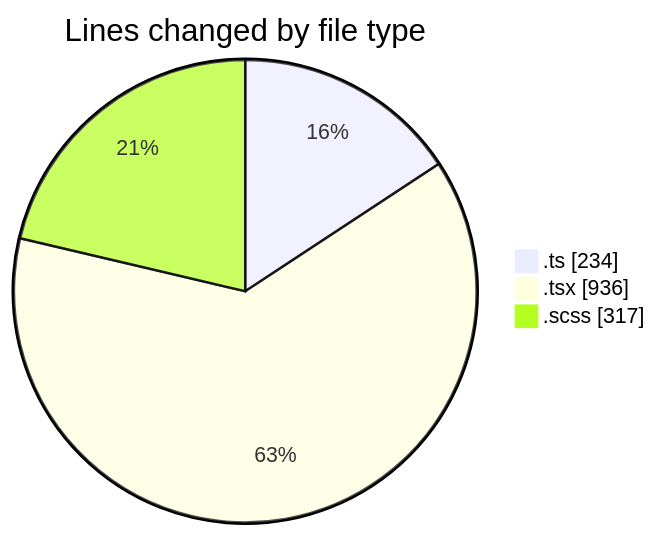
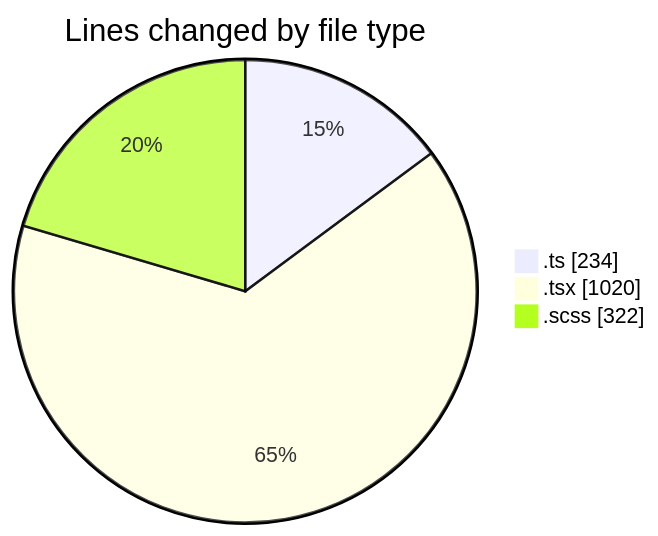
One commit to momahboobian/code-tracking changed the first of 2 diagrams in 2025-05-01/cda/README.md. Above: the diagram before and after it, drawn with Mermaid. The commit also changed other lines of this file and 1 other file, not shown here.

````diff
--- a/2025-05-01/cda/README.md
+++ b/2025-05-01/cda/README.md
@@ -28,7 +29,7 @@
 ```mermaid
 pie showData
 title Lines changed by file type
 ".ts" : 234
-".tsx" : 936
-".scss" : 317
+".tsx" : 1020
+".scss" : 322
 ```
````
